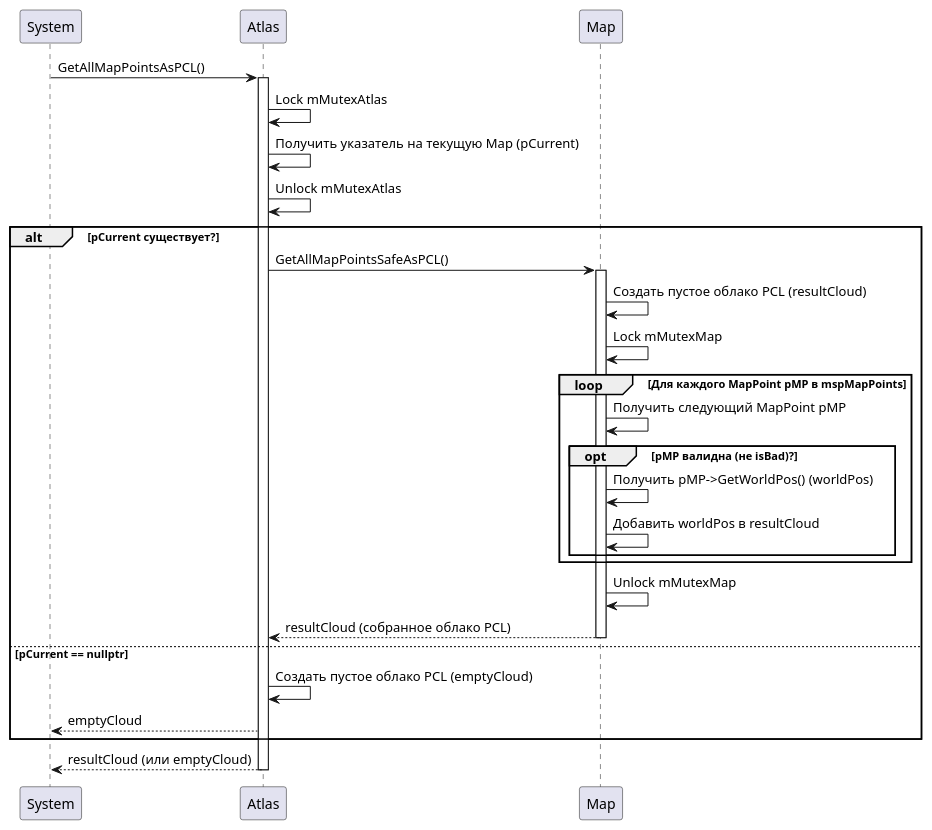
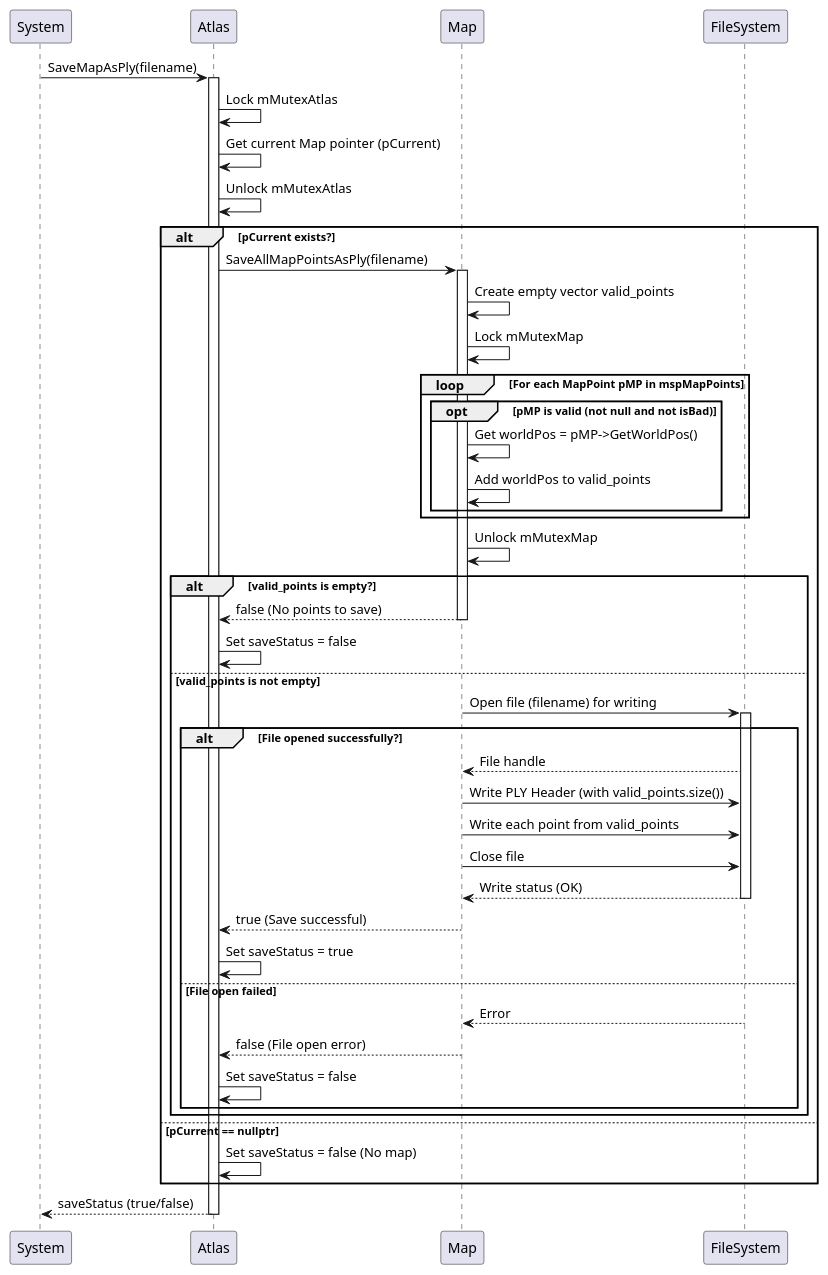
Before and after one commit to Prostagma1/diplom: the diagram in diagrams/src/safe_copy_mappoints.puml, drawn with PlantUML. The commit also changed 12 other files, not shown here.

Commit message:
All changed from pcl to ply

```diff
--- a/diagrams/src/safe_copy_mappoints.puml
+++ b/diagrams/src/safe_copy_mappoints.puml
@@ -1,44 +1,64 @@
 @startuml
+
 participant System
 participant Atlas
 participant Map
+participant FileSystem as FS
 
-System -> Atlas : GetAllMapPointsAsPCL()
+System -> Atlas : SaveMapAsPly(filename)
 activate Atlas
 
 Atlas -> Atlas : Lock mMutexAtlas
-
-Atlas -> Atlas : Получить указатель на текущую Map (pCurrent)
-
+Atlas -> Atlas : Get current Map pointer (pCurrent)
 Atlas -> Atlas : Unlock mMutexAtlas
 
-alt pCurrent существует?
-    Atlas -> Map : GetAllMapPointsSafeAsPCL()
+alt pCurrent exists?
+    Atlas -> Map : SaveAllMapPointsAsPly(filename)
     activate Map
 
-    Map -> Map : Создать пустое облако PCL (resultCloud)
+    Map -> Map : Create empty vector valid_points
 
     Map -> Map : Lock mMutexMap
-
-    loop Для каждого MapPoint pMP в mspMapPoints
-        Map -> Map : Получить следующий MapPoint pMP
-        opt pMP валидна (не isBad)?
-            Map -> Map : Получить pMP->GetWorldPos() (worldPos)
-            Map -> Map : Добавить worldPos в resultCloud
+    loop For each MapPoint pMP in mspMapPoints
+        opt pMP is valid (not null and not isBad)
+            Map -> Map : Get worldPos = pMP->GetWorldPos()
+            Map -> Map : Add worldPos to valid_points
         end
     end
 
     Map -> Map : Unlock mMutexMap
 
-    Map --> Atlas : resultCloud (собранное облако PCL)
-    deactivate Map
+    alt valid_points is empty?
+        Map --> Atlas : false (No points to save)
+        deactivate Map
+        Atlas -> Atlas : Set saveStatus = false
+    else valid_points is not empty
+        Map -> FS : Open file (filename) for writing
+        activate FS
+        alt File opened successfully?
+            FS --> Map : File handle
+            Map -> FS : Write PLY Header (with valid_points.size())
+            Map -> FS : Write each point from valid_points
+            Map -> FS : Close file
+            FS --> Map : Write status (OK)
+            deactivate FS
+            Map --> Atlas : true (Save successful)
+            deactivate Map
+            Atlas -> Atlas : Set saveStatus = true
+        else File open failed
+            FS --> Map : Error
+            deactivate FS
+            Map --> Atlas : false (File open error)
+            deactivate Map
+            Atlas -> Atlas : Set saveStatus = false
+        end
+    end
 
 else pCurrent == nullptr
-    Atlas -> Atlas : Создать пустое облако PCL (emptyCloud)
-    Atlas --> System : emptyCloud
+    Atlas -> Atlas : Set saveStatus = false (No map)
 end
 
-Atlas --> System : resultCloud (или emptyCloud)
+Atlas --> System : saveStatus (true/false)
 deactivate Atlas
 
 @enduml
```
